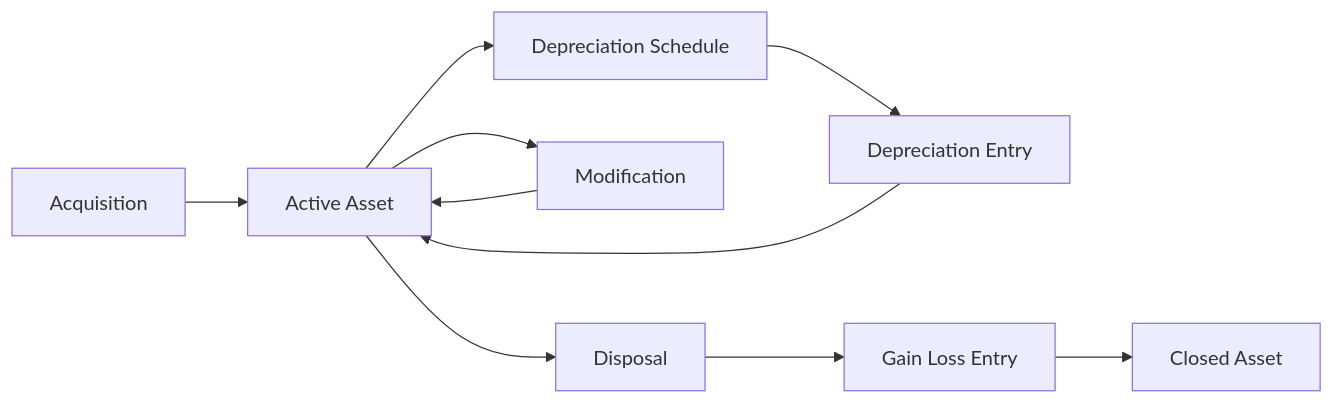
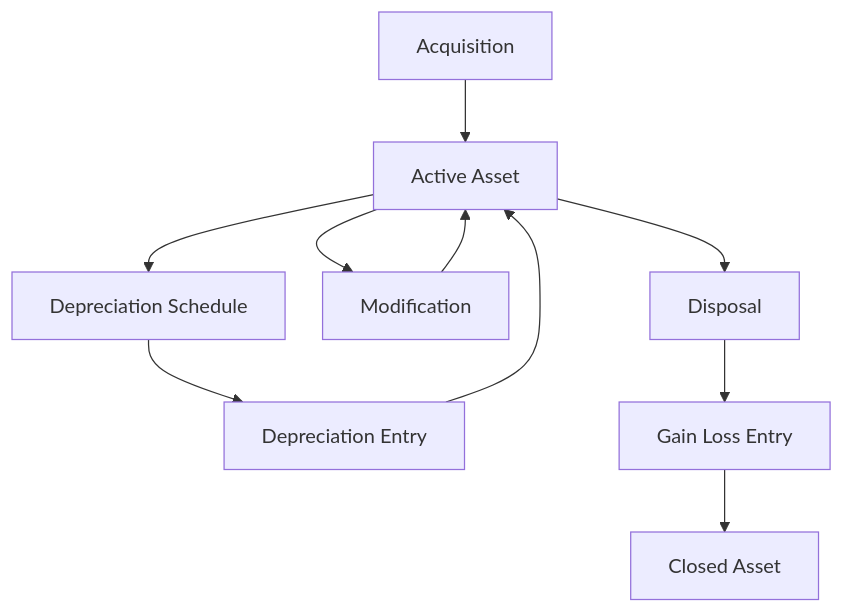
One commit to blitzy-research/odoo changed the fifth of 5 diagrams in docs/technical-specifications.md. Above: the diagram before and after it, drawn with Mermaid. The commit also changed other lines of this file and 3 other files, not shown here.

````diff
--- a/docs/technical-specifications.md
+++ b/docs/technical-specifications.md
@@ -545,12 +555,13 @@
 ```mermaid
-graph LR
+%%{init: {'flowchart': {'nodeSpacing': 30}}}%%
+graph TD
     A[Acquisition] --> B[Active Asset]
     B --> C[Depreciation Schedule]
     C --> D[Depreciation Entry]
     D --> B
     B --> E[Modification]
     E --> B
     B --> F[Disposal]
     F --> G[Gain Loss Entry]
     G --> H[Closed Asset]
 ```
````
